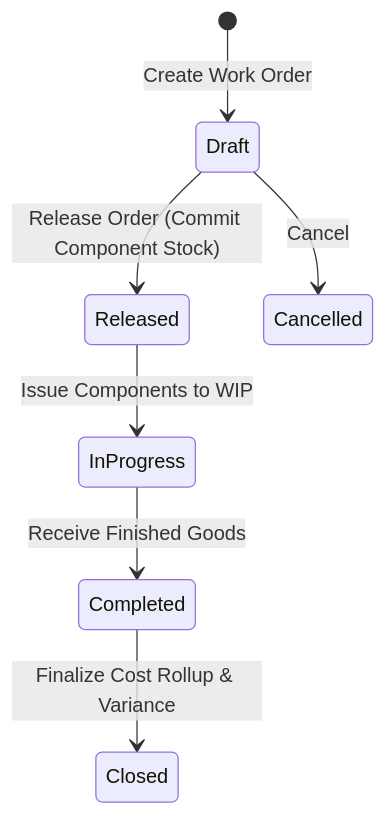
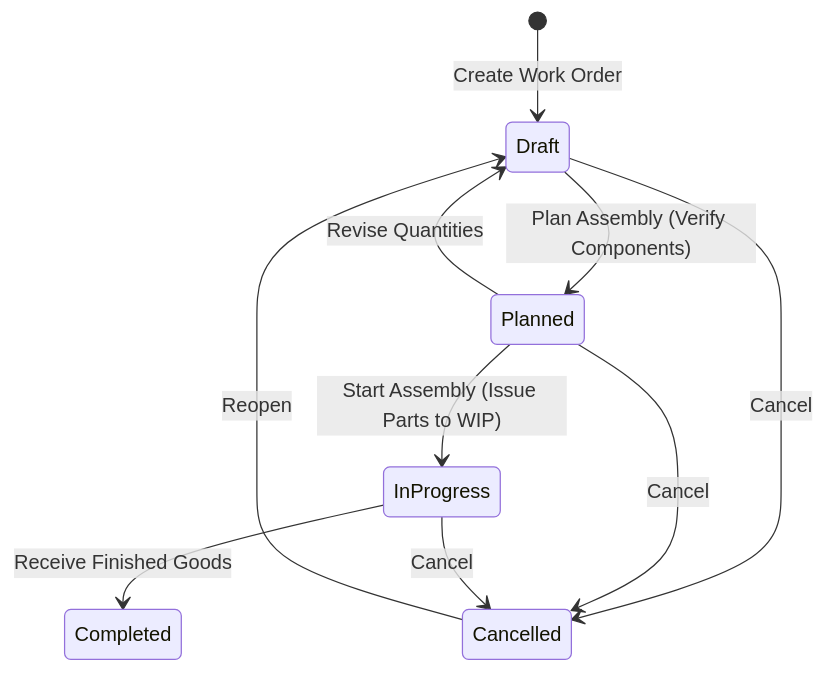
The diagram in docs/user/work_orders.md (herobmdotcom/herobm), drawn with Mermaid before and after one commit. The commit also changed other lines of this file and 22 other files, not shown here.

````diff
--- a/docs/user/work_orders.md
+++ b/docs/user/work_orders.md
@@ -51,9 +54,15 @@
 ```mermaid
 stateDiagram-v2
     [*] --> Draft : Create Work Order
-    Draft --> Released : Release Order (Commit Component Stock)
-    Released --> InProgress : Issue Components to WIP
+    Draft --> Planned : Plan Assembly (Verify Components)
+    Draft --> Cancelled : Cancel
+
+    Planned --> InProgress : Start Assembly (Issue Parts to WIP)
+    Planned --> Draft : Revise Quantities
+    Planned --> Cancelled : Cancel
+
     InProgress --> Completed : Receive Finished Goods
-    Completed --> Closed : Finalize Cost Rollup & Variance
-    Draft --> Cancelled : Cancel
+    InProgress --> Cancelled : Cancel
+
+    Cancelled --> Draft : Reopen
 ```
````
